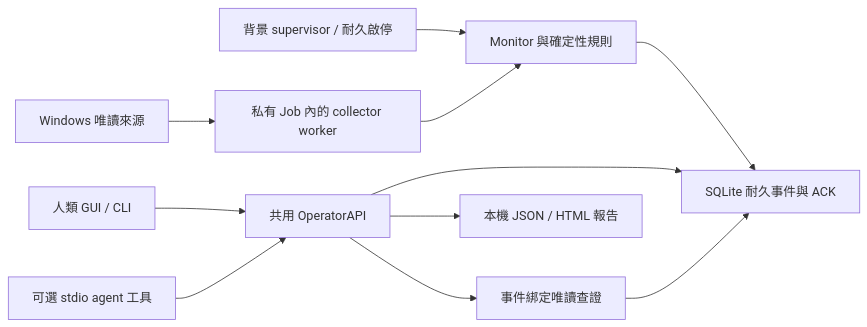
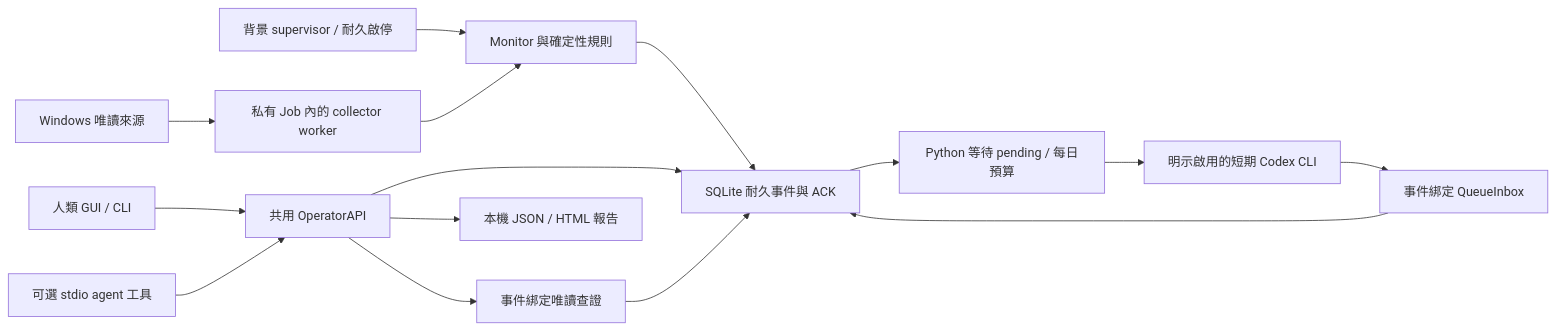
One commit to SecludedCorner/EventGuard changed the diagram in README.md. Above: the diagram before and after it, drawn with Mermaid. The commit also changed other lines of this file and 14 other files, not shown here.

````diff
--- a/README.md
+++ b/README.md
@@ -17,13 +19,17 @@
 ```mermaid
 flowchart LR
     B[背景 supervisor / 耐久啟停] --> M
     W[Windows 唯讀來源] --> J[私有 Job 內的 collector worker]
     J --> M[Monitor 與確定性規則]
     M --> S[SQLite 耐久事件與 ACK]
     H[人類 GUI / CLI] --> O[共用 OperatorAPI]
     A[可選 stdio agent 工具] --> O
     O --> S
     O --> Q[事件綁定唯讀查證]
     Q --> S
     O --> R[本機 JSON / HTML 報告]
+    S --> D[Python 等待 pending / 每日預算]
+    D --> C[明示啟用的短期 Codex CLI]
+    C --> I[事件綁定 QueueInbox]
+    I --> S
 ```
````
